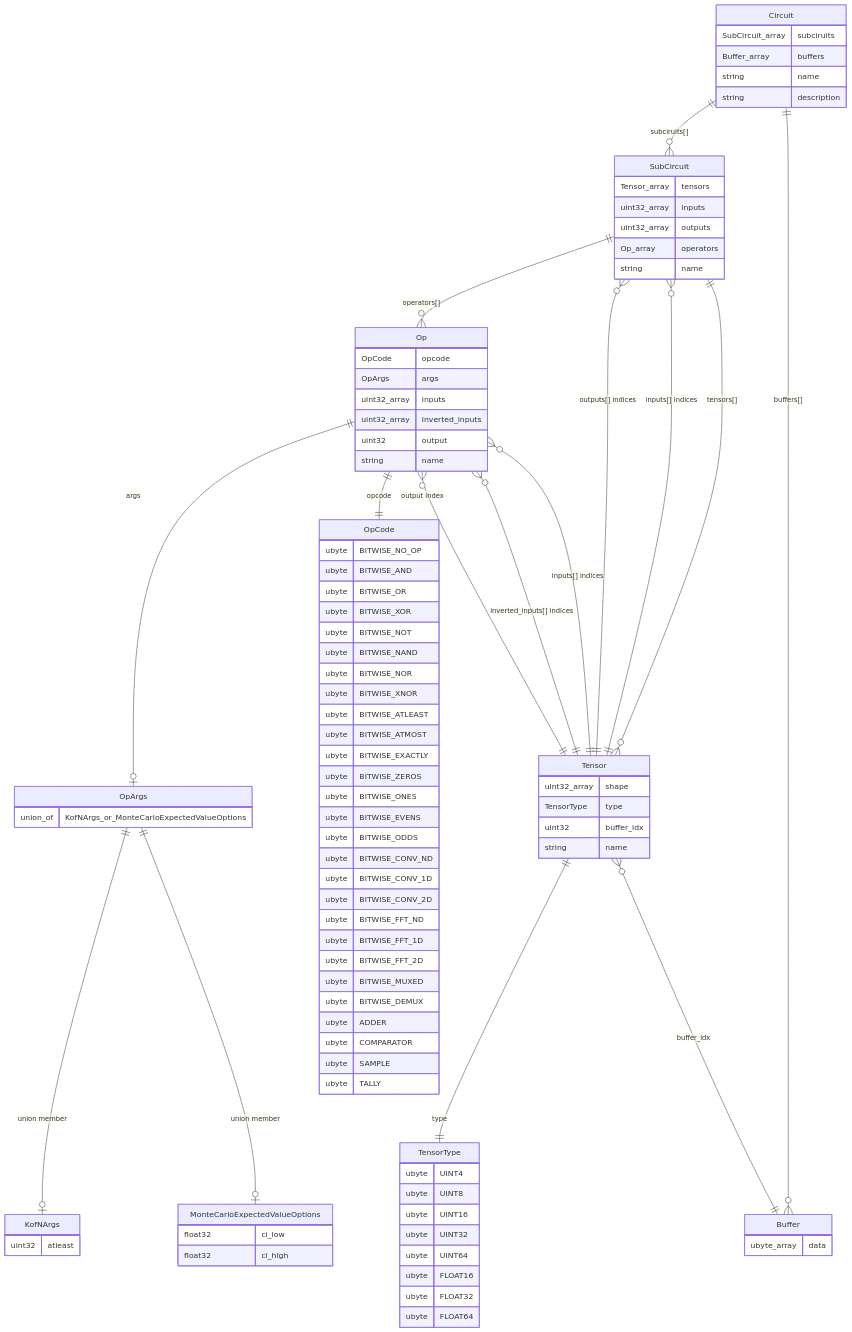
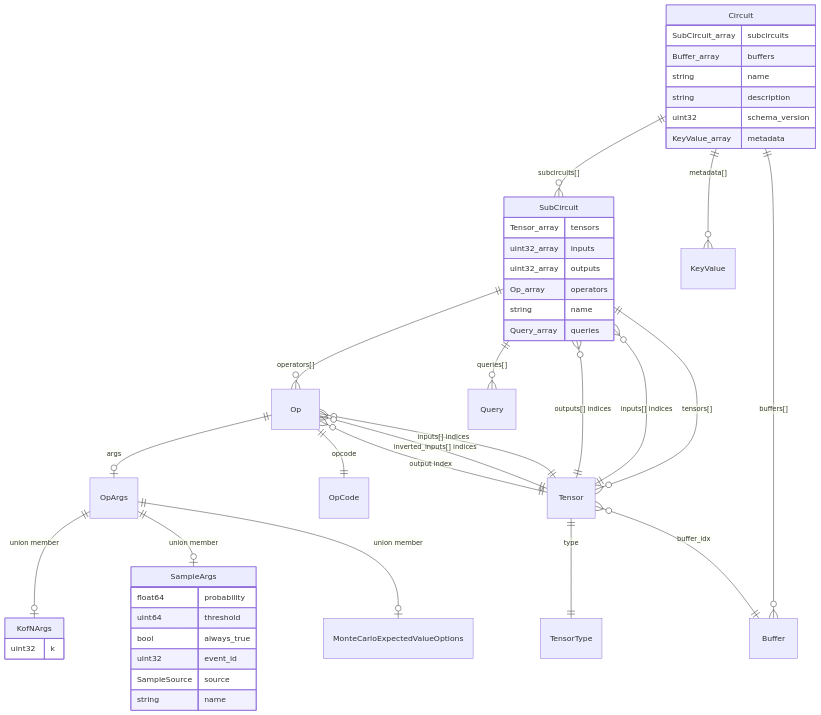
The diagram in README.md (fuzzybit-org/pcfb), drawn with Mermaid before and after one commit. The commit also changed other lines of this file and 33 other files, not shown here.

````diff
--- a/README.md
+++ b/README.md
@@ -16,111 +50,56 @@
 ```mermaid
 erDiagram
-    Circuit ||--o{ SubCircuit : "subciruits[]"
+    Circuit ||--o{ SubCircuit : "subcircuits[]"
     Circuit ||--o{ Buffer : "buffers[]"
-    
+    Circuit ||--o{ KeyValue : "metadata[]"
+
     SubCircuit ||--o{ Tensor : "tensors[]"
     SubCircuit ||--o{ Op : "operators[]"
+    SubCircuit ||--o{ Query : "queries[]"
     SubCircuit }o--|| Tensor : "inputs[] indices"
     SubCircuit }o--|| Tensor : "outputs[] indices"
-    
+
     Op ||--|| OpCode : "opcode"
     Op ||--o| OpArgs : "args"
     Op }o--|| Tensor : "inputs[] indices"
     Op }o--|| Tensor : "inverted_inputs[] indices"
     Op }o--|| Tensor : "output index"
-    
+
     Tensor ||--|| TensorType : "type"
     Tensor }o--|| Buffer : "buffer_idx"
-    
+
     OpArgs ||--o| KofNArgs : "union member"
+    OpArgs ||--o| SampleArgs : "union member"
     OpArgs ||--o| MonteCarloExpectedValueOptions : "union member"
-    
+
     Circuit {
-        SubCircuit_array subciruits
+        SubCircuit_array subcircuits
         Buffer_array buffers
         string name
         string description
+        uint32 schema_version
+        KeyValue_array metadata
     }
-    
+
     SubCircuit {
         Tensor_array tensors
         uint32_array inputs
         uint32_array outputs
         Op_array operators
         string name
+        Query_array queries
     }
-    
-    Op {
-        OpCode opcode
-        OpArgs args
-        uint32_array inputs
-        uint32_array inverted_inputs
-        uint32 output
+
+    SampleArgs {
+        float64 probability
+        uint64 threshold
+        bool always_true
+        uint32 event_id
+        SampleSource source
         string name
     }
-    
-    Tensor {
-        uint32_array shape
-        TensorType type
-        uint32 buffer_idx
-        string name
-    }
-    
-    Buffer {
-        ubyte_array data
-    }
-    
-    OpArgs {
-        union_of KofNArgs_or_MonteCarloExpectedValueOptions
-    }
-    
+
     KofNArgs {
-        uint32 atleast
-    }
-    
-    MonteCarloExpectedValueOptions {
-        float32 ci_low
-        float32 ci_high
-    }
-    
-    OpCode {
-        ubyte BITWISE_NO_OP
-        ubyte BITWISE_AND
-        ubyte BITWISE_OR
-        ubyte BITWISE_XOR
-        ubyte BITWISE_NOT
-        ubyte BITWISE_NAND
-        ubyte BITWISE_NOR
-        ubyte BITWISE_XNOR
-        ubyte BITWISE_ATLEAST
-        ubyte BITWISE_ATMOST
-        ubyte BITWISE_EXACTLY
-        ubyte BITWISE_ZEROS
-        ubyte BITWISE_ONES
-        ubyte BITWISE_EVENS
-        ubyte BITWISE_ODDS
-        ubyte BITWISE_CONV_ND
-        ubyte BITWISE_CONV_1D
-        ubyte BITWISE_CONV_2D
-        ubyte BITWISE_FFT_ND
-        ubyte BITWISE_FFT_1D
-        ubyte BITWISE_FFT_2D
-        ubyte BITWISE_MUXED
-        ubyte BITWISE_DEMUX
-        ubyte ADDER
-        ubyte COMPARATOR
-        ubyte SAMPLE
-        ubyte TALLY
-    }
-    
-    TensorType {
-        ubyte UINT4
-        ubyte UINT8
-        ubyte UINT16
-        ubyte UINT32
-        ubyte UINT64
-        ubyte FLOAT16
-        ubyte FLOAT32
-        ubyte FLOAT64
+        uint32 k
     }
 ```
````
